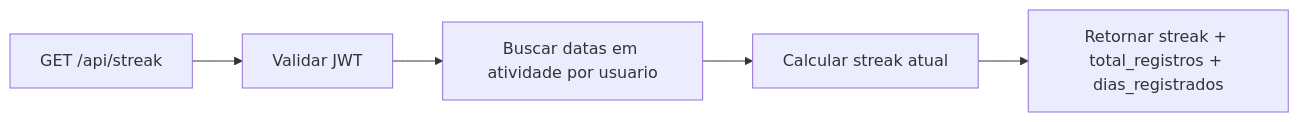
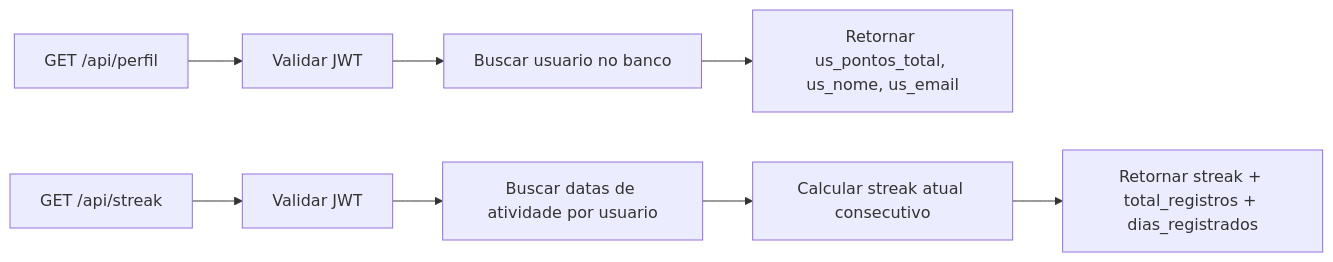
The third of 3 diagrams in docs/DIAGRAMAS_TELAS_USUARIO_FINAL.md (art4raujo0/xp-diario), drawn with Mermaid before and after one commit. The commit also changed other lines of this file and 24 other files, not shown here.

````diff
--- a/docs/DIAGRAMAS_TELAS_USUARIO_FINAL.md
+++ b/docs/DIAGRAMAS_TELAS_USUARIO_FINAL.md
@@ -49,7 +130,11 @@
 ```mermaid
 flowchart LR
-    A[GET /api/streak] --> B[Validar JWT]
-    B --> C[Buscar datas em atividade por usuario]
-    C --> D[Calcular streak atual]
-    D --> E[Retornar streak + total_registros + dias_registrados]
+    A[GET /api/perfil] --> B[Validar JWT]
+    B --> C[Buscar usuario no banco]
+    C --> D[Retornar us_pontos_total, us_nome, us_email]
+
+    E[GET /api/streak] --> F[Validar JWT]
+    F --> G[Buscar datas de atividade por usuario]
+    G --> H[Calcular streak atual consecutivo]
+    H --> I[Retornar streak + total_registros + dias_registrados]
 ```
````
